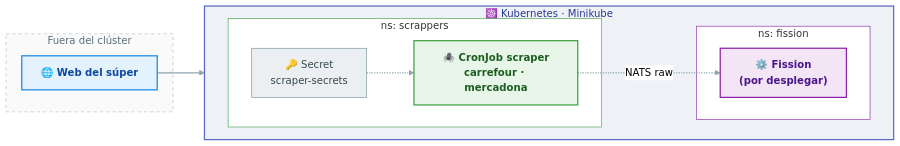
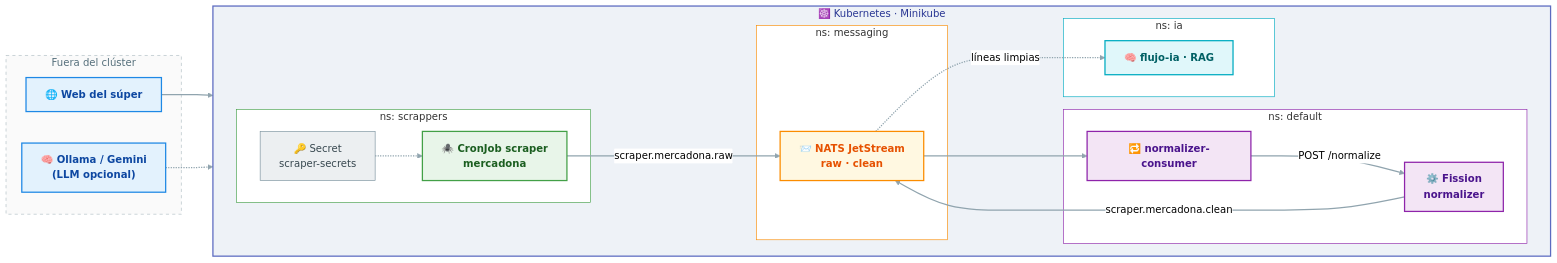
Before and after one commit to TheMinimalOwl/PTI-Q26-27-TARDOR: the diagram in README.md, drawn with Mermaid (neutral theme). The commit also changed other lines of this file, not shown here.

````diff
--- a/README.md
+++ b/README.md
@@ -48,37 +111,58 @@
 ```mermaid
 flowchart LR
     subgraph EXT["Fuera del clúster"]
         A["🌐 Web del súper"]
+        I["🧠 Ollama / Gemini<br/>(LLM opcional)"]
     end
 
     subgraph K8S["☸️ Kubernetes · Minikube"]
         direction LR
         subgraph N1["ns: scrappers"]
-            B["🕷️ CronJob scraper<br/>carrefour · mercadona"]
+            B["🕷️ CronJob scraper<br/>mercadona"]
             S["🔑 Secret<br/>scraper-secrets"]
         end
-        subgraph N2["ns: fission"]
-            D["⚙️ Fission<br/>(por desplegar)"]
+        subgraph N2["ns: messaging"]
+            C["📨 NATS JetStream<br/>raw · clean"]
+        end
+        subgraph N3["ns: default"]
+            D["⚙️ Fission<br/>normalizer"]
+            E["🔁 normalizer-consumer"]
+        end
+        subgraph N4["ns: ia"]
+            F["🧠 flujo-ia · RAG"]
         end
     end
 
     A --> B
     S -.-> B
-    B -.->|"NATS raw"| D
+    B -->|"scraper.mercadona.raw"| C
+    C --> E
+    E -->|"POST /normalize"| D
+    D -->|"scraper.mercadona.clean"| C
+    C -.->|"líneas limpias"| F
+    I -.-> F
 
     classDef cInternet fill:#e3f2fd,stroke:#1e88e5,stroke-width:2px,color:#0d47a1,font-weight:bold
     classDef cScraper fill:#e8f5e9,stroke:#43a047,stroke-width:2px,color:#1b5e20,font-weight:bold
+    classDef cNats fill:#fff8e1,stroke:#fb8c00,stroke-width:2px,color:#e65100,font-weight:bold
     classDef cFission fill:#f3e5f5,stroke:#8e24aa,stroke-width:2px,color:#4a148c,font-weight:bold
+    classDef cIA fill:#e0f7fa,stroke:#00acc1,stroke-width:2px,color:#006064,font-weight:bold
     classDef cSecret fill:#eceff1,stroke:#78909c,color:#37474f
 
     class A cInternet
+    class I cInternet
     class B cScraper
+    class C cNats
     class D cFission
+    class E cFission
+    class F cIA
     class S cSecret
 
     style EXT fill:#fafafa,stroke:#b0bec5,stroke-dasharray:5 5,color:#546e7a
     style K8S fill:#eef2f7,stroke:#5c6bc0,stroke-width:2px,color:#283593
     style N1 fill:#ffffff,stroke:#43a047
-    style N2 fill:#ffffff,stroke:#8e24aa
+    style N2 fill:#ffffff,stroke:#fb8c00
+    style N3 fill:#ffffff,stroke:#8e24aa
+    style N4 fill:#ffffff,stroke:#00acc1
     linkStyle default stroke:#90a4ae,stroke-width:2px
 ```
````
